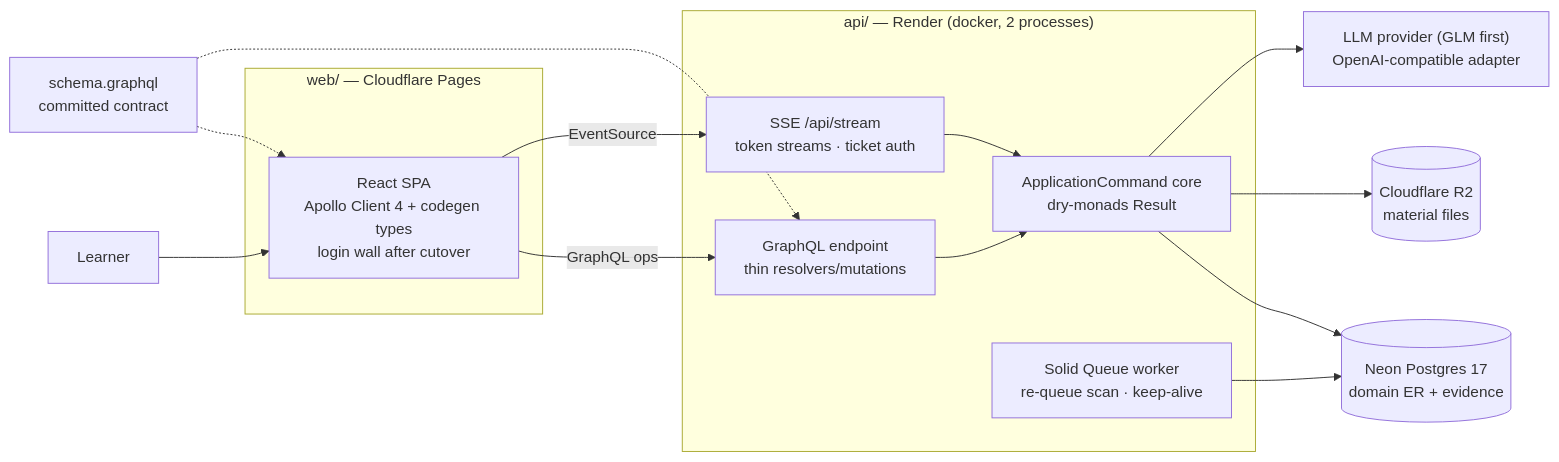
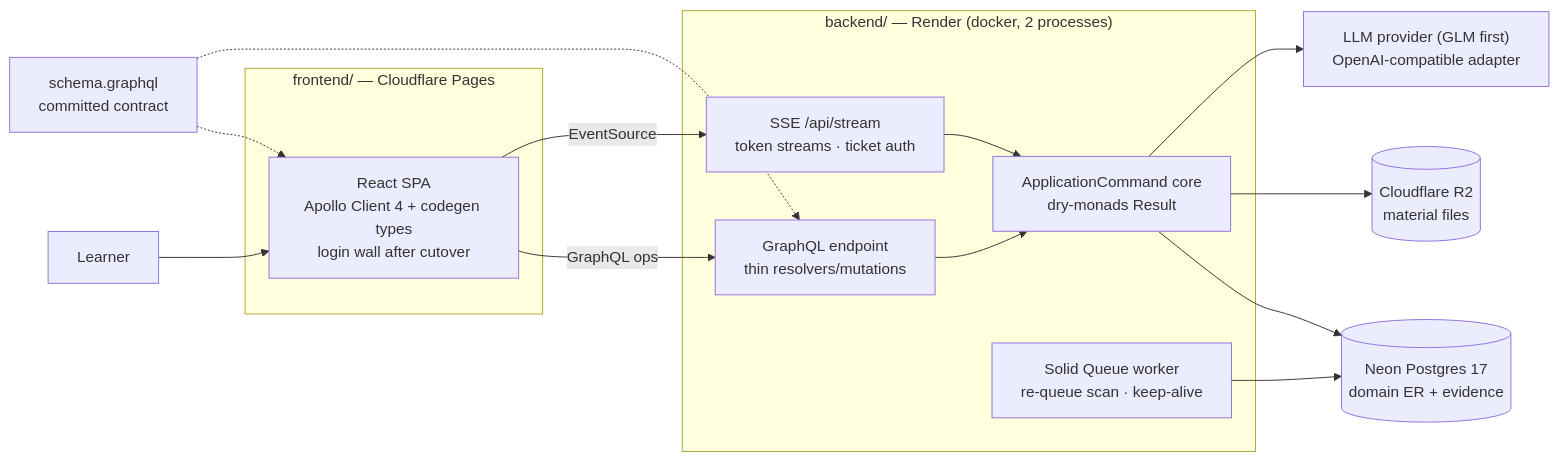
The second of 4 diagrams in docs/architecture/architecture-synapse/architecture-synapse.md (YinanZhaoXometry/synapse), drawn with Mermaid before and after one commit. The commit also changed other lines of this file and 15 other files, not shown here.

````diff
--- a/docs/architecture/architecture-synapse/architecture-synapse.md
+++ b/docs/architecture/architecture-synapse/architecture-synapse.md
@@ -61,29 +61,29 @@
 ```mermaid
 flowchart LR
     user["Learner"]
-    subgraph web ["web/ — Cloudflare Pages"]
+    subgraph frontend ["frontend/ — Cloudflare Pages"]
         spa["React SPA\nApollo Client 4 + codegen types\nlogin wall after cutover"]
     end
-    subgraph api ["api/ — Render (docker, 2 processes)"]
+    subgraph backend ["backend/ — Render (docker, 2 processes)"]
         gql["GraphQL endpoint\nthin resolvers/mutations"]
         sse["SSE /api/stream\ntoken streams · ticket auth"]
         cmd["ApplicationCommand core\ndry-monads Result"]
         queue["Solid Queue worker\nre-queue scan · keep-alive"]
     end
     pg[("Neon Postgres 17\ndomain ER + evidence")]
     r2[("Cloudflare R2\nmaterial files")]
     llm["LLM provider (GLM first)\nOpenAI-compatible adapter"]
     schema["schema.graphql\ncommitted contract"]
 
     user --> spa
     spa -- "GraphQL ops" --> gql
     spa -- "EventSource" --> sse
     schema -.-> spa
     schema -.-> gql
     gql --> cmd
     sse --> cmd
     cmd --> pg
     cmd --> r2
     cmd --> llm
     queue --> pg
 ```
````
